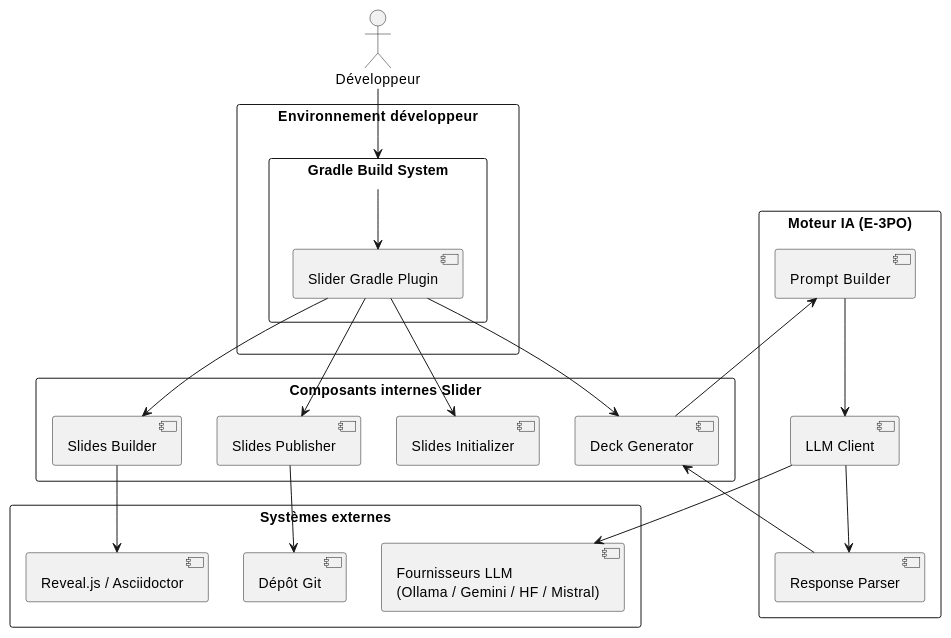
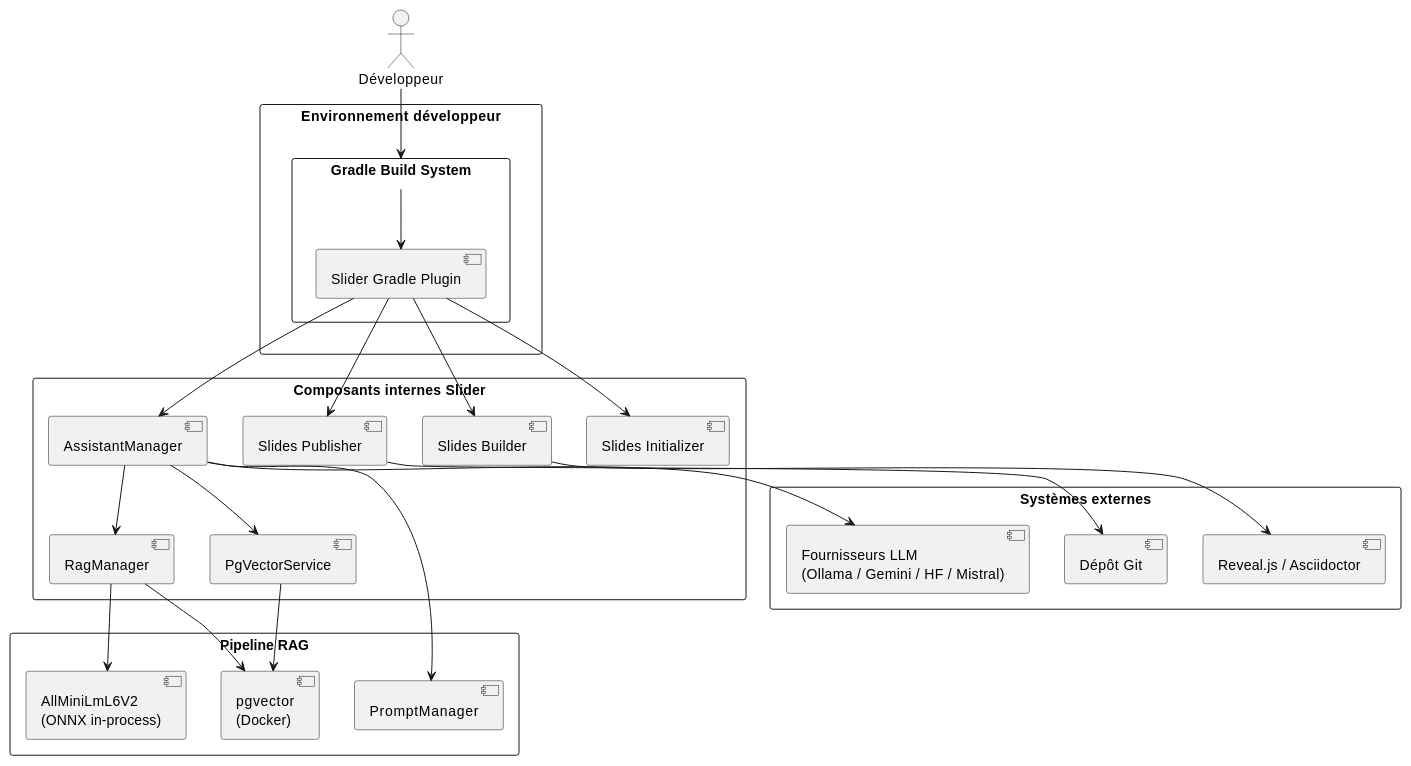
The ninth of 10 diagrams in README_plantuml_fr.adoc (cheroliv/slider-gradle), drawn with PlantUML before and after one commit. The commit also changed other lines of this file and 1 other file, not shown here.

Commit message:
📝 docs(README_plantuml*): update AI generation process and file structure for deck context and generated decks

```diff
--- a/README_plantuml_fr.adoc
+++ b/README_plantuml_fr.adoc
@@ -737,48 +792,53 @@
 [plantuml]
 ....
 @startuml
 actor Développeur
 
 rectangle "Environnement développeur" {
   rectangle "Gradle Build System" {
     component "Slider Gradle Plugin"
   }
 }
 
 rectangle "Composants internes Slider" {
   component "Slides Initializer"
-  component "Deck Generator"
+  component "AssistantManager"
+  component "RagManager"
+  component "PgVectorService"
   component "Slides Builder"
   component "Slides Publisher"
 }
 
-rectangle "Moteur IA (E-3PO)" {
-  component "Prompt Builder"
-  component "LLM Client"
-  component "Response Parser"
+rectangle "Pipeline RAG" {
+  component "AllMiniLmL6V2\n(ONNX in-process)"
+  component "pgvector\n(Docker)"
+  component "PromptManager"
 }
 
 rectangle "Systèmes externes" {
   component "Fournisseurs LLM\n(Ollama / Gemini / HF / Mistral)"
   component "Reveal.js / Asciidoctor"
   component "Dépôt Git"
 }
 
 Développeur --> "Gradle Build System"
 "Gradle Build System" --> "Slider Gradle Plugin"
 
 "Slider Gradle Plugin" --> "Slides Initializer"
-"Slider Gradle Plugin" --> "Deck Generator"
+"Slider Gradle Plugin" --> "AssistantManager"
 "Slider Gradle Plugin" --> "Slides Builder"
 "Slider Gradle Plugin" --> "Slides Publisher"
 
-"Deck Generator" --> "Prompt Builder"
-"Prompt Builder" --> "LLM Client"
-"LLM Client" --> "Fournisseurs LLM\n(Ollama / Gemini / HF / Mistral)"
-"LLM Client" --> "Response Parser"
-"Response Parser" --> "Deck Generator"
+"AssistantManager" --> "RagManager"
+"AssistantManager" --> "PgVectorService"
+"AssistantManager" --> "PromptManager"
+"AssistantManager" --> "Fournisseurs LLM\n(Ollama / Gemini / HF / Mistral)"
+
+"RagManager" --> "AllMiniLmL6V2\n(ONNX in-process)"
+"RagManager" --> "pgvector\n(Docker)"
+"PgVectorService" --> "pgvector\n(Docker)"
 
 "Slides Builder" --> "Reveal.js / Asciidoctor"
 "Slides Publisher" --> "Dépôt Git"
 @enduml
 ....
```
